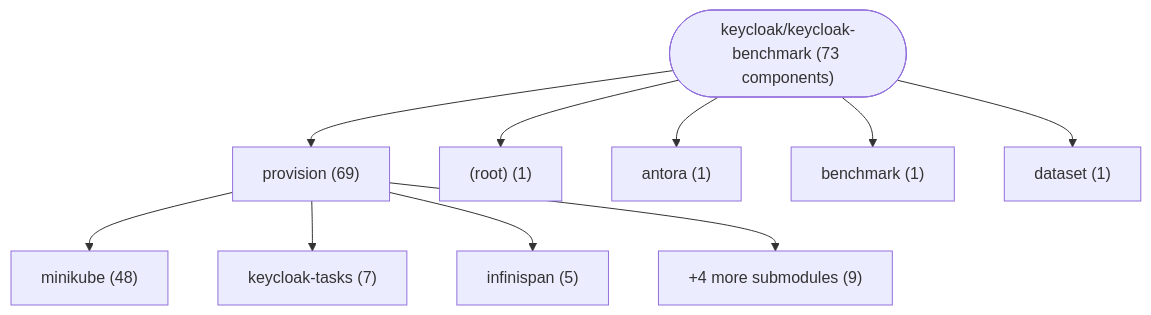
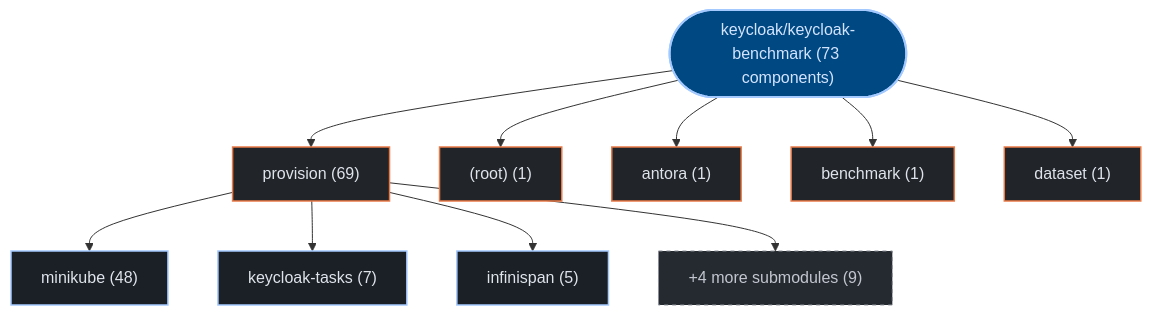
One commit to kumarshaz/atruss-code-atlas changed the first of 3 diagrams in exports/latest/reports/keycloak-keycloak-benchmark-report.md. Above: the diagram before and after it, drawn with Mermaid. The commit also changed other lines of this file and 331 other files, not shown here.

Commit message:
docs,ui,fix: update SDLC docs, reorder CI/CD DAG first, stylize Mermaid, and fix Arc42 pipeline topology

````diff
--- a/exports/latest/reports/keycloak-keycloak-benchmark-report.md
+++ b/exports/latest/reports/keycloak-keycloak-benchmark-report.md
@@ -42,22 +42,29 @@
 ```mermaid
 graph TD;
-    repo_root(["keycloak/keycloak-benchmark (73 components)"])
-    dir_0_provision["provision (69)"]
+  classDef atlasRoot fill:#004882,stroke:#a3c9ff,stroke-width:2px,color:#d3e4ff
+  classDef atlasCategory fill:#212428,stroke:#E87A48,stroke-width:1.5px,color:#dfe3eb
+  classDef atlasWorkflow fill:#1b2026,stroke:#a3c9ff,stroke-width:1.5px,color:#dfe3eb
+  classDef atlasJob fill:#171c22,stroke:#8d9199,stroke-width:1px,color:#dfe3eb
+  classDef atlasTarget fill:#005227,stroke:#8bd99b,stroke-width:1.5px,color:#a7f6b6
+  classDef atlasAlert fill:#93000a,stroke:#ffb4ab,stroke-width:1.5px,color:#ffdad6
+  classDef atlasMore fill:#252a31,stroke:#8d9199,stroke-dasharray:4 4,color:#c3c6cf
+    repo_root(["keycloak/keycloak-benchmark (73 components)"]):::atlasRoot
+    dir_0_provision["provision (69)"]:::atlasCategory
     repo_root --> dir_0_provision
-    sub_0_0_minikube["minikube (48)"]
+    sub_0_0_minikube["minikube (48)"]:::atlasWorkflow
     dir_0_provision --> sub_0_0_minikube
-    sub_0_1_keycloak_tasks["keycloak-tasks (7)"]
+    sub_0_1_keycloak_tasks["keycloak-tasks (7)"]:::atlasWorkflow
     dir_0_provision --> sub_0_1_keycloak_tasks
-    sub_0_2_infinispan["infinispan (5)"]
+    sub_0_2_infinispan["infinispan (5)"]:::atlasWorkflow
     dir_0_provision --> sub_0_2_infinispan
-    sub_0_more["+4 more submodules (9)"]
+    sub_0_more["+4 more submodules (9)"]:::atlasMore
     dir_0_provision --> sub_0_more
-    dir_1__root_["(root) (1)"]
+    dir_1__root_["(root) (1)"]:::atlasCategory
     repo_root --> dir_1__root_
-    dir_2_antora["antora (1)"]
+    dir_2_antora["antora (1)"]:::atlasCategory
     repo_root --> dir_2_antora
-    dir_3_benchmark["benchmark (1)"]
+    dir_3_benchmark["benchmark (1)"]:::atlasCategory
     repo_root --> dir_3_benchmark
-    dir_4_dataset["dataset (1)"]
+    dir_4_dataset["dataset (1)"]:::atlasCategory
     repo_root --> dir_4_dataset
 ```
````
